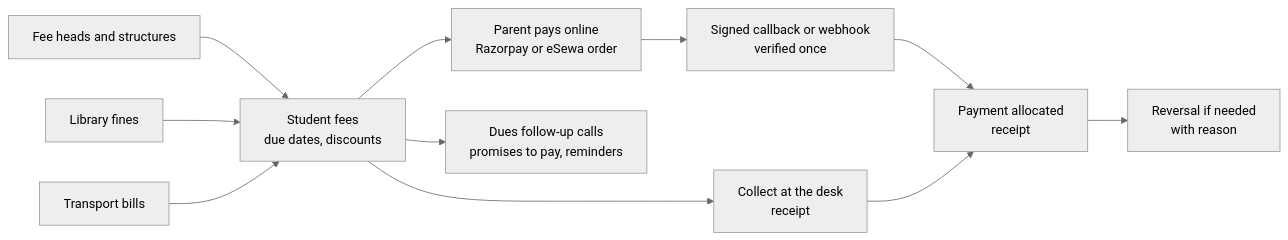
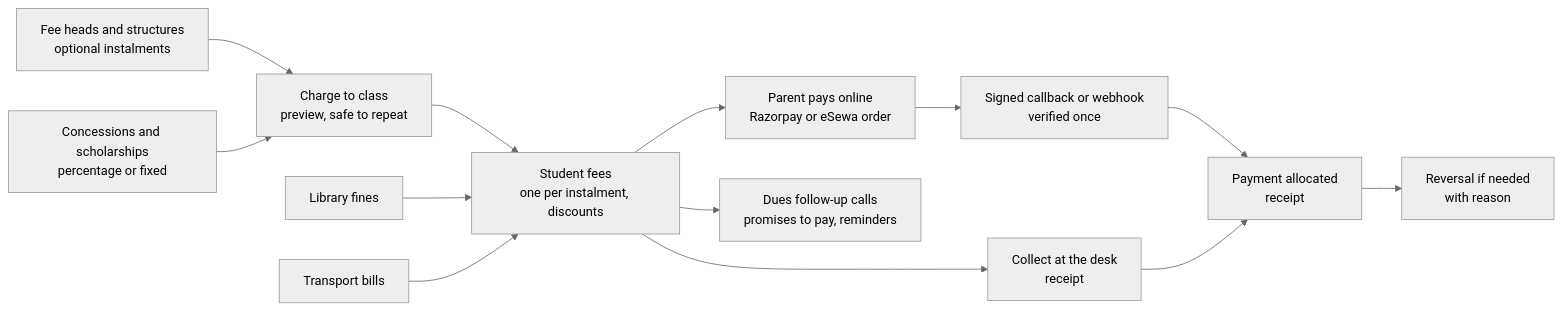
Before and after one commit to niddanamohansps-hue/Mocha-Edu: the eighth of 10 diagrams in SYSTEM_ARCHITECTURE_AND_MODULE_WORKFLOWS.md, drawn with Mermaid (neutral theme). The commit also changed other lines of this file, not shown here.

Commit message:
docs(architecture): instalments and concessions are built

````diff
--- a/SYSTEM_ARCHITECTURE_AND_MODULE_WORKFLOWS.md
+++ b/SYSTEM_ARCHITECTURE_AND_MODULE_WORKFLOWS.md
@@ -152,13 +152,15 @@
 ```mermaid
 flowchart LR
-    Heads["Fee heads and structures"] --> Due["Student fees<br/>due dates, discounts"]
+    Heads["Fee heads and structures<br/>optional instalments"] --> Charge["Charge to class<br/>preview, safe to repeat"]
+    Conc["Concessions and scholarships<br/>percentage or fixed"] --> Charge
+    Charge --> Due["Student fees<br/>one per instalment, discounts"]
     Lib["Library fines"] --> Due
     Trans["Transport bills"] --> Due
     Due --> Desk["Collect at the desk<br/>receipt"]
     Due --> Online["Parent pays online<br/>Razorpay or eSewa order"]
     Online --> Verify["Signed callback or webhook<br/>verified once"]
     Verify --> Alloc["Payment allocated<br/>receipt"]
     Desk --> Alloc
     Alloc --> Rev["Reversal if needed<br/>with reason"]
     Due --> Follow["Dues follow-up calls<br/>promises to pay, reminders"]
 ```
````
